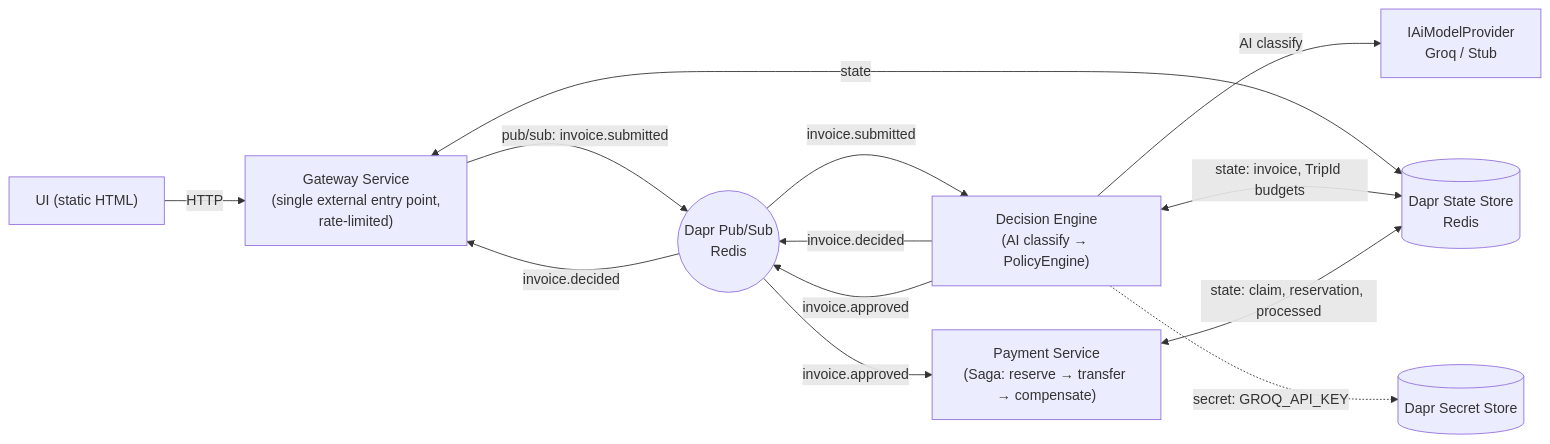
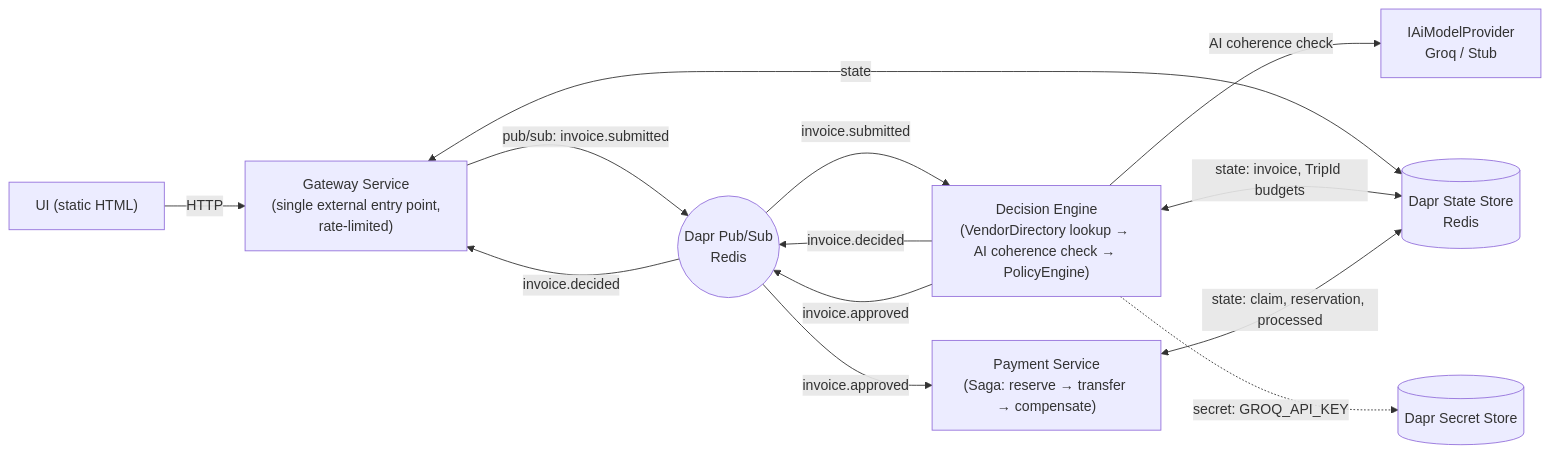
One commit to rivkaperets07/ApprovalFlow changed the first of 3 diagrams in docs/ARCHITECTURE.md. Above: the diagram before and after it, drawn with Mermaid. The commit also changed other lines of this file and 11 other files, not shown here.

First line of the commit message:
AI reviews coherence against the vendor's known category, not classify

````diff
--- a/docs/ARCHITECTURE.md
+++ b/docs/ARCHITECTURE.md
@@ -5,15 +5,15 @@
 ```mermaid
 flowchart LR
     UI["UI (static HTML)"] -->|HTTP| Gateway
     Gateway["Gateway Service<br/>(single external entry point,<br/>rate-limited)"] -->|pub/sub: invoice.submitted| Bus((Dapr Pub/Sub<br/>Redis))
-    Bus -->|invoice.submitted| Decision["Decision Engine<br/>(AI classify → PolicyEngine)"]
-    Decision -->|AI classify| AI["IAiModelProvider<br/>Groq / Stub"]
+    Bus -->|invoice.submitted| Decision["Decision Engine<br/>(VendorDirectory lookup → AI coherence check → PolicyEngine)"]
+    Decision -->|AI coherence check| AI["IAiModelProvider<br/>Groq / Stub"]
     Decision -->|invoice.decided| Bus
     Decision -->|invoice.approved| Bus
     Bus -->|invoice.approved| Payment["Payment Service<br/>(Saga: reserve → transfer → compensate)"]
     Bus -->|invoice.decided| Gateway
     Gateway <-->|state| Store[("Dapr State Store<br/>Redis")]
     Decision <-->|state: invoice, TripId budgets| Store
     Payment <-->|state: claim, reservation, processed| Store
     Decision -.->|secret: GROQ_API_KEY| Secrets[("Dapr Secret Store")]
 ```
````
